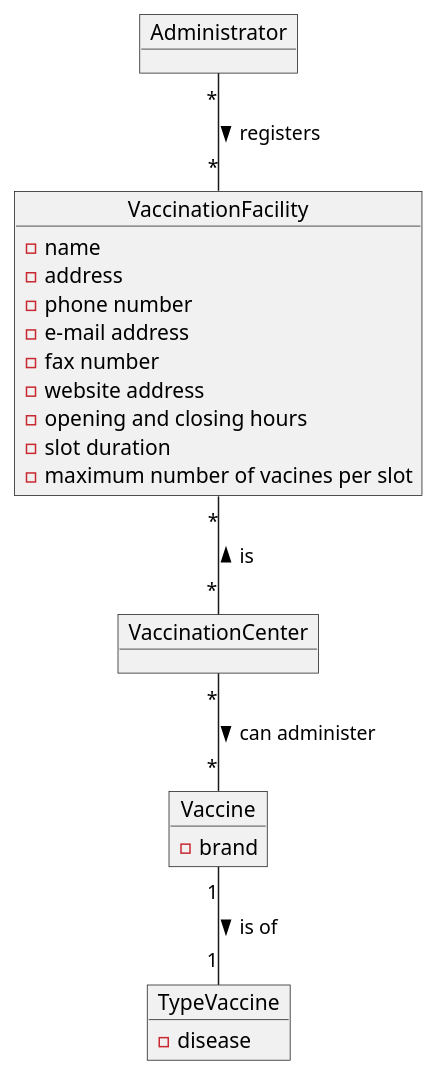
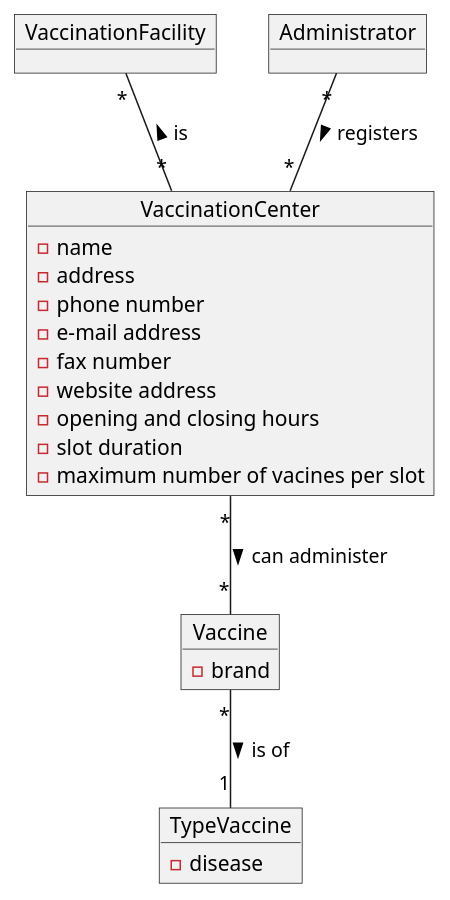
One commit to osnilas/SNSsystem changed the diagram in docs/SprintB/US009/US9_DM.puml. Above: the diagram before and after it, drawn with PlantUML. The commit also changed 8 other files, not shown here.

```diff
--- a/docs/SprintB/US009/US9_DM.puml
+++ b/docs/SprintB/US009/US9_DM.puml
@@ -1,26 +1,26 @@
 @startuml
-object VaccinationCenter
+object VaccinationFacility
 object Administrator
-object VaccinationFacility{
+object VaccinationCenter{
 -name
 -address
 -phone number
 -e-mail address
 -fax number
 -website address
 -opening and closing hours
 -slot duration
 -maximum number of vacines per slot
 }
 object Vaccine{
               -brand
               }
 object TypeVaccine{
 -disease
 }
 
-Administrator"*" -- "*" VaccinationFacility: > registers
+Administrator"*" -- "*" VaccinationCenter: > registers
 VaccinationFacility"*" -- "*" VaccinationCenter: < is
 VaccinationCenter "*"--"*" Vaccine: > can administer
-Vaccine"1" --"1" TypeVaccine:> is of
+Vaccine"*" --"1" TypeVaccine:> is of
 @enduml
```
